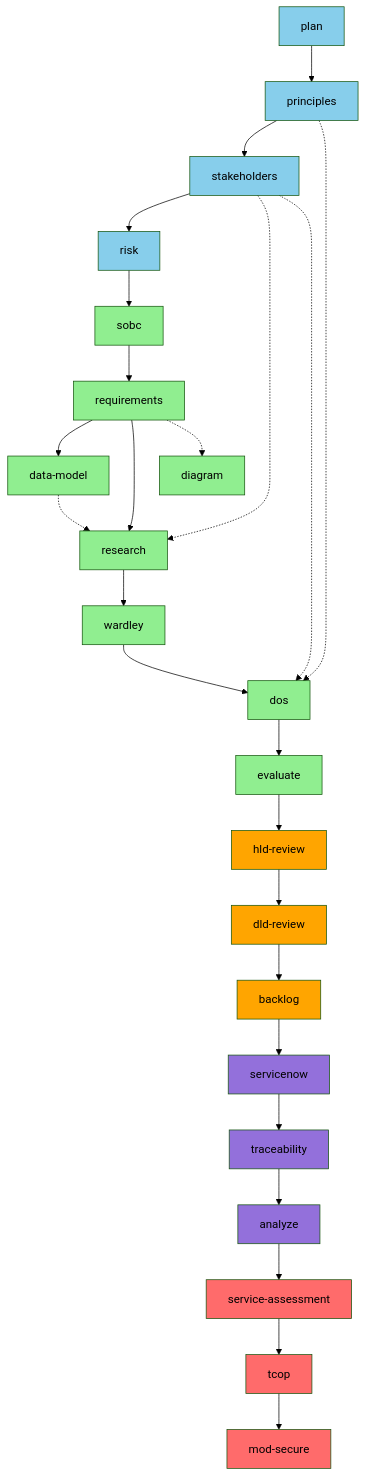
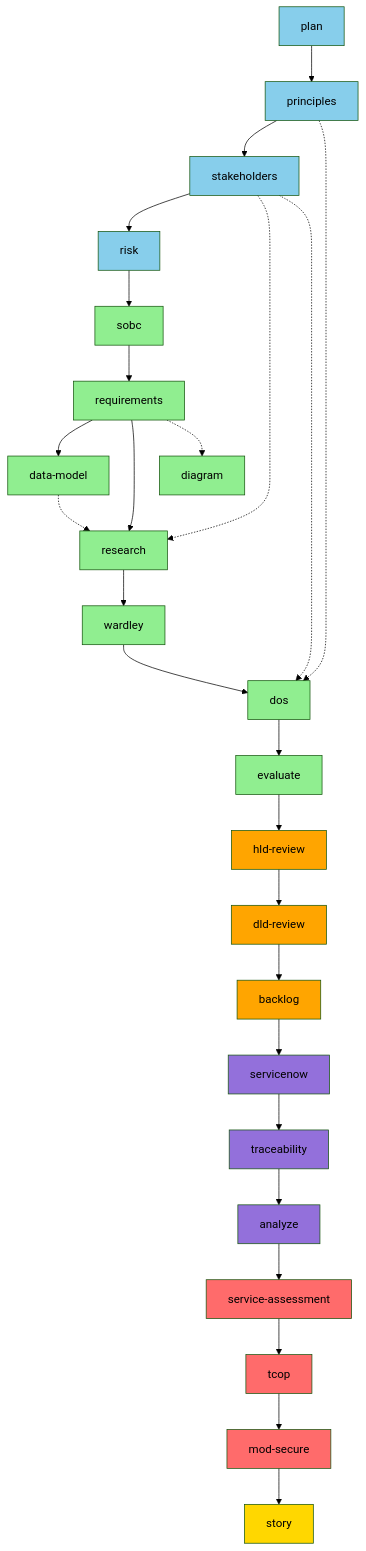
Before and after one commit to tractorjuice/arckit-test-project-v8-ons-data-platform: the fourth of 9 diagrams in WORKFLOW-DIAGRAMS.md, drawn with Mermaid (forest theme). The commit also changed other lines of this file and 6 other files, not shown here.

First line of the commit message:
feat: add /arckit.story command (29th command) - comprehensive project story generation with timeline analysis

````diff
--- a/WORKFLOW-DIAGRAMS.md
+++ b/WORKFLOW-DIAGRAMS.md
@@ -246,66 +259,70 @@
 ```mermaid
 graph TD
     %% Tier 0-1: Foundation
     A[plan] --> B[principles]
     B --> C[stakeholders]
     C --> D[risk]
 
     %% Tier 2-3: Business Case & Requirements
     D --> E[sobc]
     E --> F[requirements]
 
     %% Tier 4: Detailed Design
     F --> G[data-model]
     F --> H[research]
     G -.-> H
     C -.-> H
     H --> I[wardley]
 
     %% Tier 5: MOD Procurement
     B -.-> J[dos]
     C -.-> J
     I --> J
     J --> K[evaluate]
 
     %% Tier 6: Design Reviews
     K --> L[hld-review]
     L --> M[dld-review]
 
     %% Tier 7: Implementation
     M --> N[backlog]
 
     %% Tier 8-9: Operations & Quality
     N --> O[servicenow]
     O --> P[traceability]
     P --> Q[analyze]
 
     %% Tier 10: MOD Compliance
     Q --> R[service-assessment]
     R --> S[tcop]
     S --> T[mod-secure]
 
+    %% Tier 11: Reporting
+    T --> V[story]
+
     %% Optional parallel paths
     F -.-> U[diagram]
 
     style A fill:#87CEEB
     style B fill:#87CEEB
     style C fill:#87CEEB
     style D fill:#87CEEB
     style E fill:#90EE90
     style F fill:#90EE90
     style G fill:#90EE90
     style H fill:#90EE90
     style I fill:#90EE90
     style J fill:#90EE90
     style K fill:#90EE90
     style L fill:#FFA500
     style M fill:#FFA500
     style N fill:#FFA500
     style O fill:#9370DB
     style P fill:#9370DB
     style Q fill:#9370DB
     style R fill:#FF6B6B
     style S fill:#FF6B6B
     style T fill:#FF6B6B
     style U fill:#90EE90
+    style V fill:#FFD700
 ```
````
